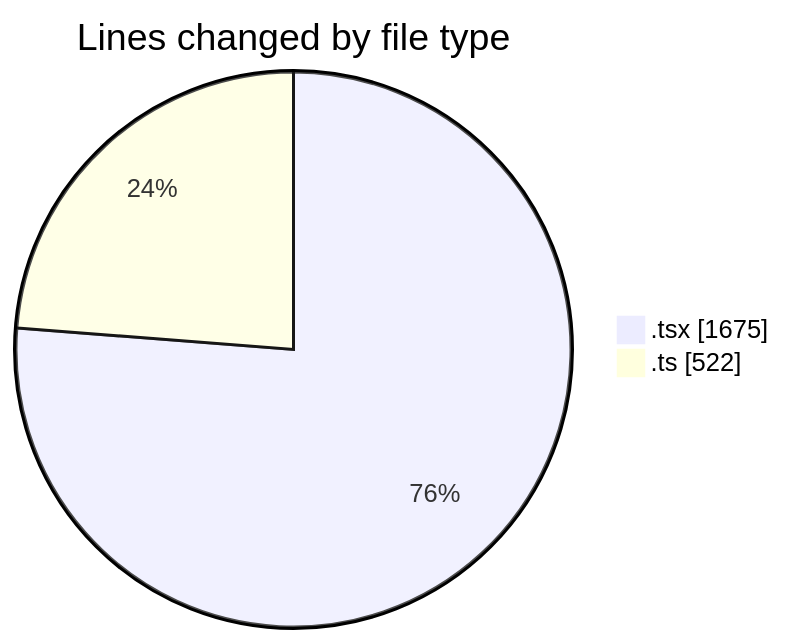
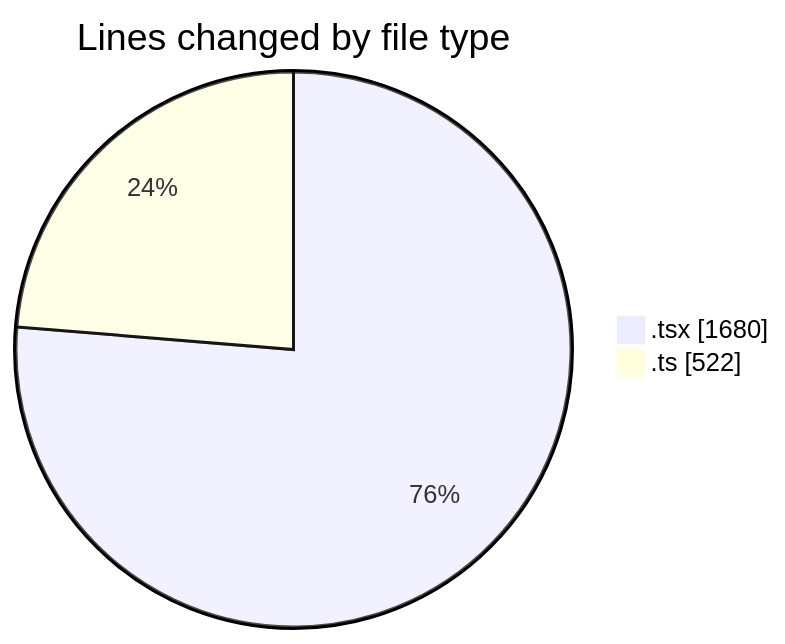
One commit to nxtqubesakshisongat/code-tracking changed the first of 2 diagrams in 2026-04-03/nxtqube_webapp/README.md. Above: the diagram before and after it, drawn with Mermaid. The commit also changed other lines of this file and 1 other file, not shown here.

````diff
--- a/2026-04-03/nxtqube_webapp/README.md
+++ b/2026-04-03/nxtqube_webapp/README.md
@@ -22,6 +22,6 @@
 ```mermaid
 pie showData
 title Lines changed by file type
-".tsx" : 1675
+".tsx" : 1680
 ".ts" : 522
 ```
````
